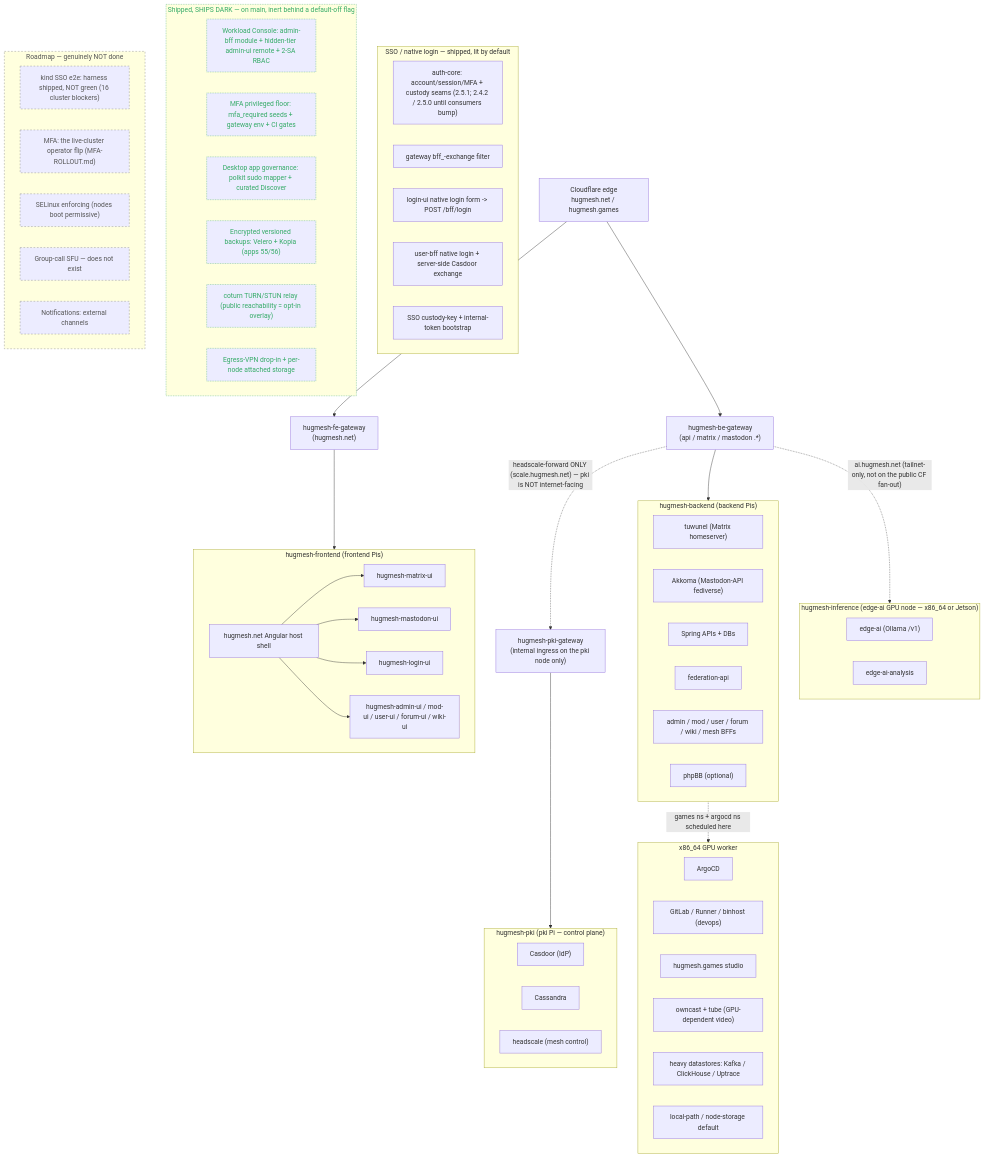
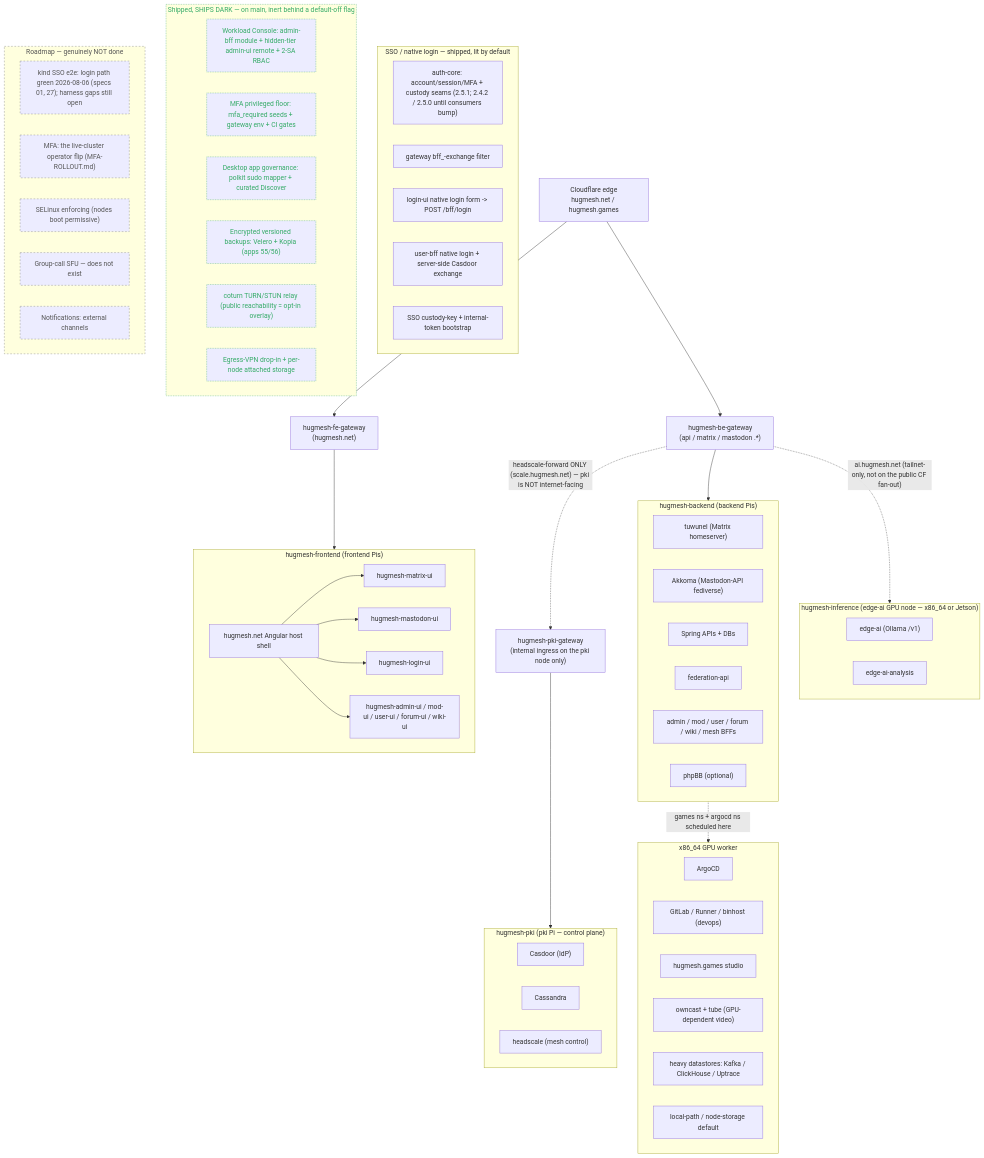
The first of 2 diagrams in docs/ARCHITECTURE.md (hugmesh/hugmesh-generator), drawn with Mermaid before and after one commit. The commit also changed other lines of this file, not shown here.

First line of the commit message:
docs(architecture): correct stale status claims

````diff
--- a/docs/ARCHITECTURE.md
+++ b/docs/ARCHITECTURE.md
@@ -25,80 +26,80 @@
 ```mermaid
 flowchart TD
     CF["Cloudflare edge<br/>hugmesh.net / hugmesh.games"]
     CF --> FEGW["hugmesh-fe-gateway<br/>(hugmesh.net)"]
     CF --> BEGW["hugmesh-be-gateway<br/>(api / matrix / mastodon .*)"]
 
     subgraph FE["hugmesh-frontend (frontend Pis)"]
         HOST["hugmesh.net Angular host shell"]
         HOST --> MUI["hugmesh-matrix-ui"]
         HOST --> MASTUI["hugmesh-mastodon-ui"]
         HOST --> LOGINUI["hugmesh-login-ui"]
         HOST --> ADMINUI["hugmesh-admin-ui / mod-ui / user-ui / forum-ui / wiki-ui"]
     end
 
     subgraph BE["hugmesh-backend (backend Pis)"]
         TUW["tuwunel (Matrix homeserver)"]
         AKK["Akkoma (Mastodon-API fediverse)"]
         APIS["Spring APIs + DBs"]
         FEDAPI["federation-api"]
         BFFS["admin / mod / user / forum / wiki / mesh BFFs"]
         PHPBB["phpBB (optional)"]
     end
 
     subgraph PKI["hugmesh-pki (pki Pi — control plane)"]
         CAS["Casdoor (IdP)"]
         CASS["Cassandra"]
         HS["headscale (mesh control)"]
     end
 
     subgraph INFER["hugmesh-inference (edge-ai GPU node — x86_64 or Jetson)"]
         EDGEAI["edge-ai (Ollama /v1)"]
         EDGEAIAN["edge-ai-analysis"]
     end
 
     subgraph X86["x86_64 GPU worker"]
         ARGO["ArgoCD"]
         DEVOPS["GitLab / Runner / binhost (devops)"]
         GAMES["hugmesh.games studio"]
         VIDEO["owncast + tube (GPU-dependent video)"]
         HEAVY["heavy datastores: Kafka / ClickHouse / Uptrace"]
         STORE["local-path / node-storage default"]
     end
 
     FEGW --> FE
     BEGW --> BE
     BE -. "games ns + argocd ns scheduled here" .-> X86
     BEGW -. "ai.hugmesh.net (tailnet-only, not on the public CF fan-out)" .-> INFER
     BEGW -. "headscale-forward ONLY (scale.hugmesh.net) — pki is NOT internet-facing" .-> PKIGW["hugmesh-pki-gateway<br/>(internal ingress on the pki node only)"]
     PKIGW --> PKI
 
     subgraph SSO["SSO / native login — shipped, lit by default"]
         AUTHCORE["auth-core: account/session/MFA + custody seams (2.5.1; 2.4.2 / 2.5.0 until consumers bump)"]
         GWEXCH["gateway bff_-exchange filter"]
         LOGINOIDC["login-ui native login form -> POST /bff/login"]
         UBRELOC["user-bff native login + server-side Casdoor exchange"]
         CUSTKEY["SSO custody-key + internal-token bootstrap"]
     end
 
     subgraph DARK["Shipped, SHIPS DARK — on main, inert behind a default-off flag"]
         WC["Workload Console: admin-bff module + hidden-tier admin-ui remote + 2-SA RBAC"]
         MFAFLOOR["MFA privileged floor: mfa_required seeds + gateway env + CI gates"]
         DESKGOV["Desktop app governance: polkit sudo mapper + curated Discover"]
         BACKUPS["Encrypted versioned backups: Velero + Kopia (apps 55/56)"]
         TURN["coturn TURN/STUN relay (public reachability = opt-in overlay)"]
         EGRESS["Egress-VPN drop-in + per-node attached storage"]
     end
 
     subgraph ROADMAP["Roadmap — genuinely NOT done"]
-        KINDE2E["kind SSO e2e: harness shipped, NOT green (16 cluster blockers)"]
+        KINDE2E["kind SSO e2e: login path green 2026-08-06 (specs 01, 27); harness gaps still open"]
         MFAFLIP["MFA: the live-cluster operator flip (MFA-ROLLOUT.md)"]
         ENFORCE["SELinux enforcing (nodes boot permissive)"]
         SFU["Group-call SFU — does not exist"]
         NOTIFY["Notifications: external channels"]
     end
 
     classDef dark stroke-dasharray:2,stroke:#4a7,color:#3a6;
     classDef planned stroke-dasharray:4,stroke:#888,color:#555;
     class DARK,WC,MFAFLOOR,DESKGOV,BACKUPS,TURN,EGRESS dark;
     class ROADMAP,KINDE2E,MFAFLIP,ENFORCE,SFU,NOTIFY planned;
 ```
````
